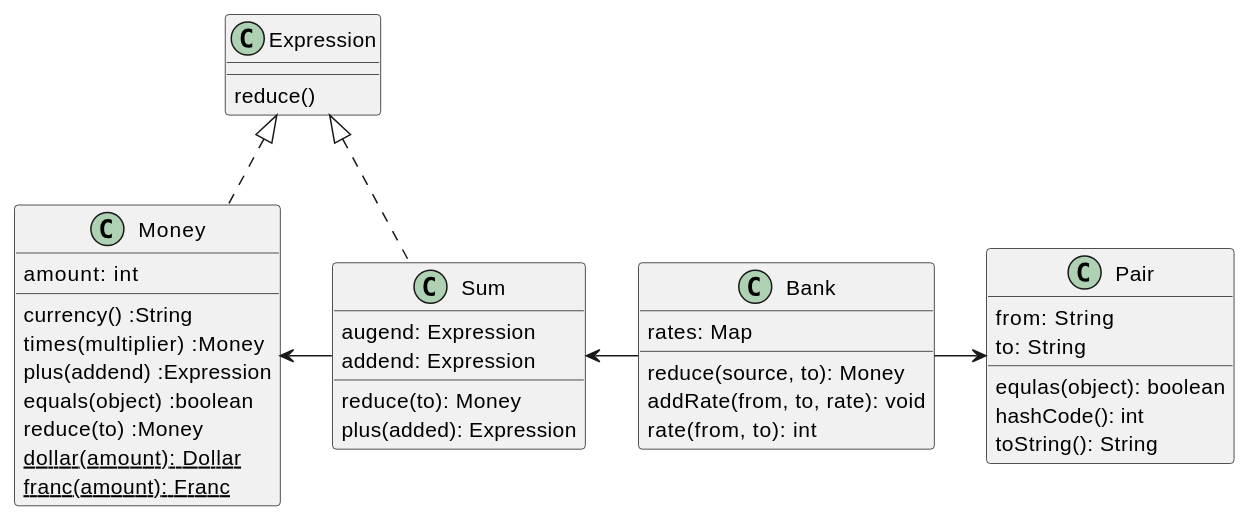
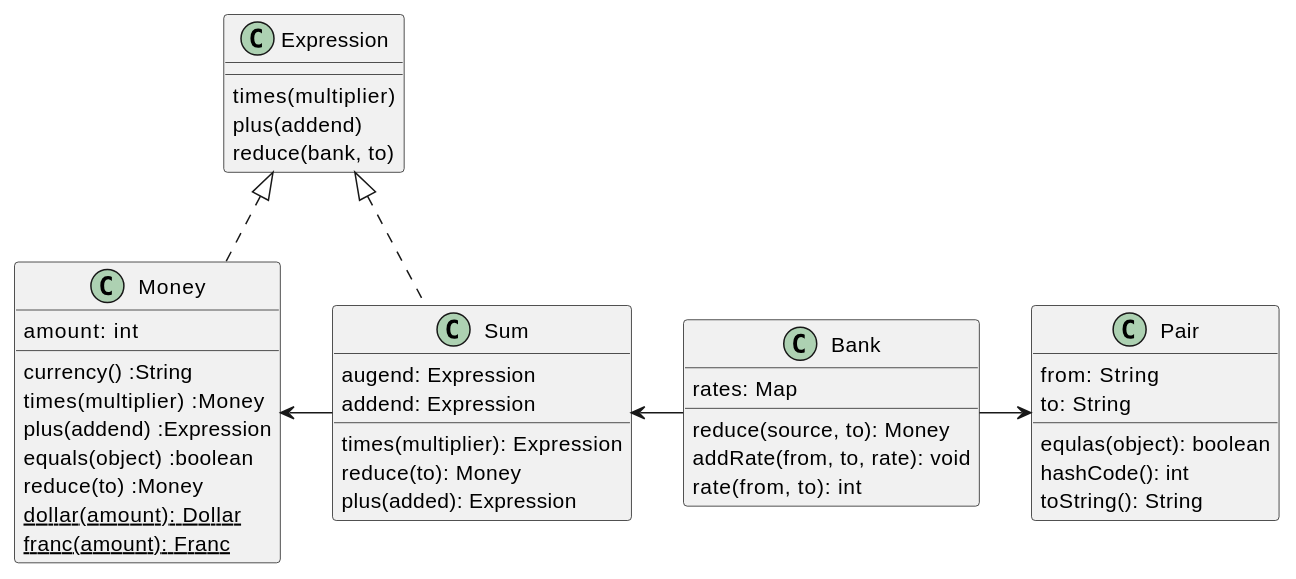
One commit to hiroshima-arc/pragmatic_programing changed the diagram in docs/src/spec/the_money_example.adoc. Above: the diagram before and after it, drawn with PlantUML. The commit also changed other lines of this file and 4 other files, not shown here.

```diff
--- a/docs/src/spec/the_money_example.adoc
+++ b/docs/src/spec/the_money_example.adoc
@@ -54,40 +54,43 @@
 [plantuml]
 ----
 class Expression {
-  reduce()
+  times(multiplier)
+  plus(addend)
+  reduce(bank, to)
 }
 class Sum {
   augend: Expression
   addend: Expression
+  times(multiplier): Expression
   reduce(to): Money
   plus(added): Expression
 }
 class Bank {
   rates: Map
   reduce(source, to): Money
   addRate(from, to, rate): void
   rate(from, to): int
 }
 class Pair {
   from: String
   to: String
   equlas(object): boolean
   hashCode(): int
   toString(): String
 }
 class Money {
   amount: int
   currency() :String
   times(multiplier) :Money
   plus(addend) :Expression
   equals(object) :boolean
   reduce(to) :Money
   {static} dollar(amount): Dollar
   {static} franc(amount): Franc
 }
 Expression <|.. Money
 Expression <|.. Sum
 Money <- Sum
 Sum <- Bank
 Bank -> Pair
 ----
```
